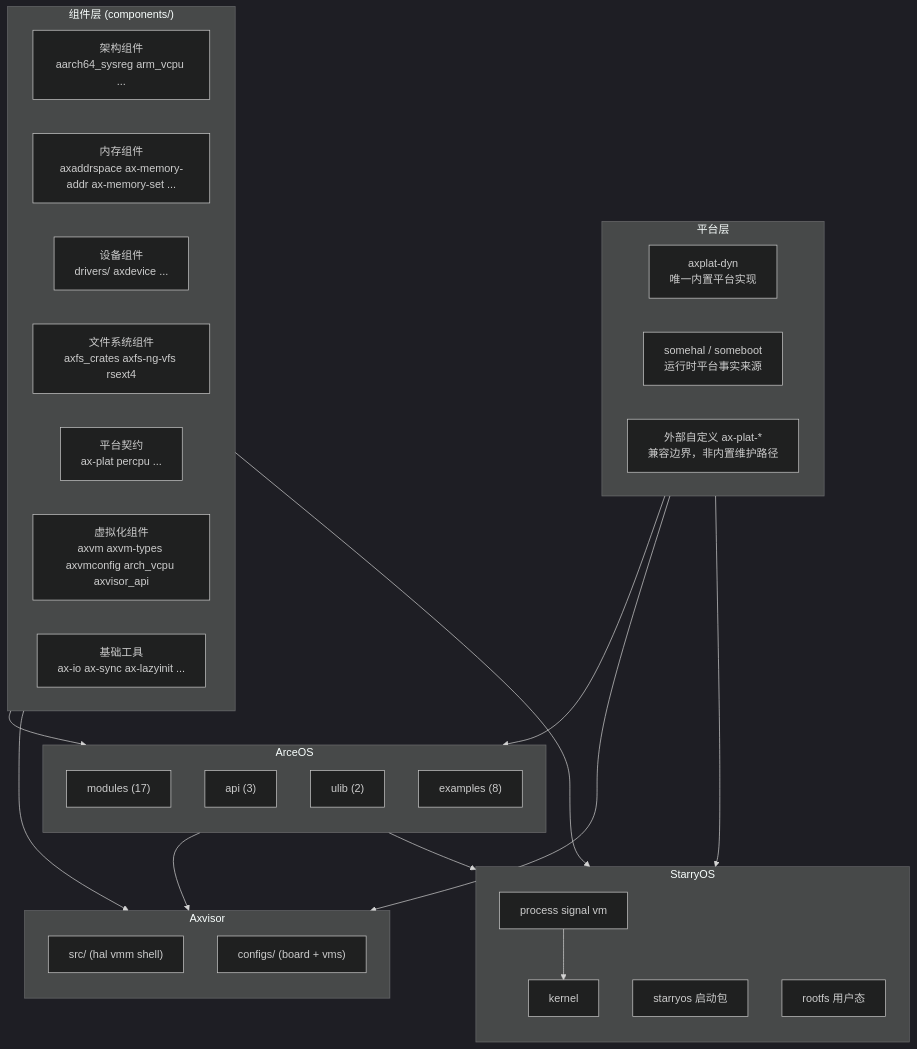
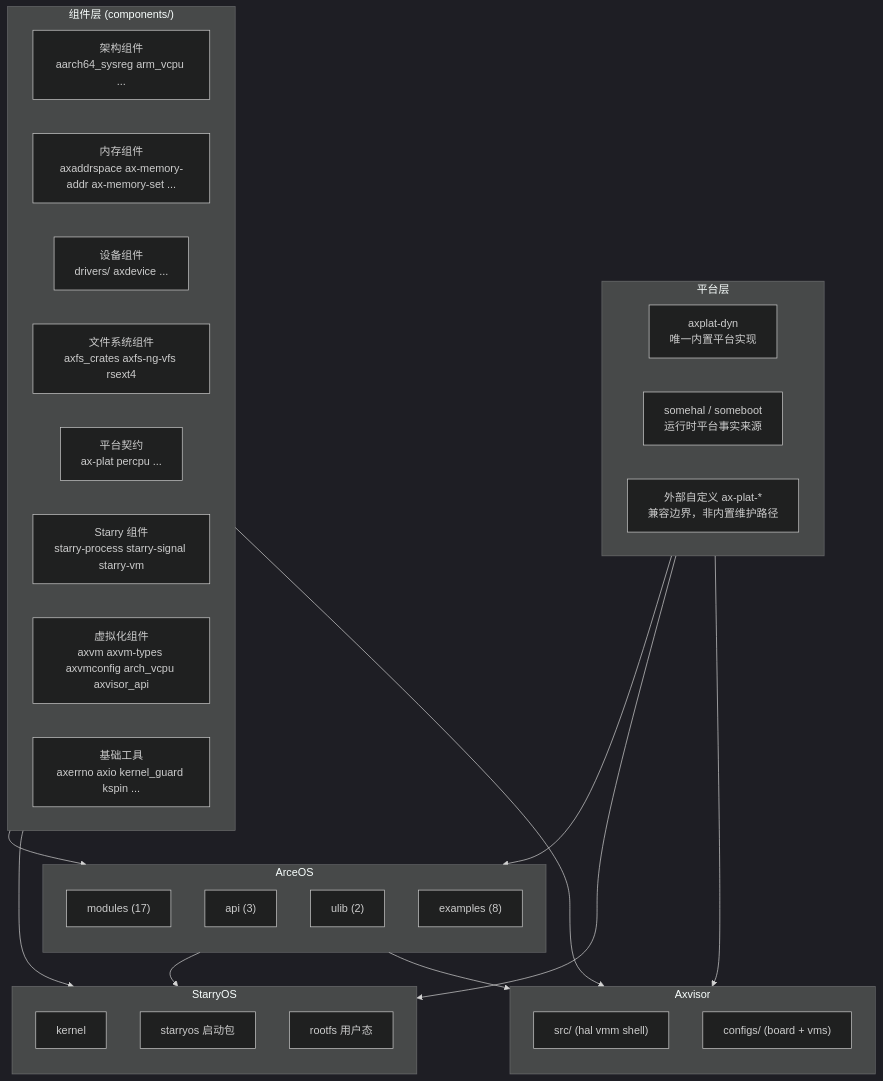
The first of 2 diagrams in docs/docs/architecture/overview.md (Dirinkbottle/tgoskits), drawn with Mermaid (dark theme) before and after one commit. The commit also changed other lines of this file and 3840 other files, not shown here.

````diff
--- a/docs/docs/architecture/overview.md
+++ b/docs/docs/architecture/overview.md
@@ -10,52 +10,51 @@
 ```mermaid
 flowchart TD
     subgraph Components["组件层 (components/)"]
         direction LR
         C1["架构组件<br/>aarch64_sysreg arm_vcpu ..."]
         C2["内存组件<br/>axaddrspace ax-memory-addr ax-memory-set ..."]
         C3["设备组件<br/>drivers/ axdevice ..."]
         C4["文件系统组件<br/>axfs_crates axfs-ng-vfs rsext4"]
         C5["平台契约<br/>ax-plat percpu ..."]
-        C6["虚拟化组件<br/>axvm axvm-types axvmconfig arch_vcpu axvisor_api"]
-        C7["基础工具<br/>ax-io ax-sync ax-lazyinit ..."]
+        C6["Starry 组件<br/>starry-process starry-signal starry-vm"]
+        C7["虚拟化组件<br/>axvm axvm-types axvmconfig arch_vcpu axvisor_api"]
+        C8["基础工具<br/>axerrno axio kernel_guard kspin ..."]
     end
 
     subgraph ArceOS["ArceOS"]
         direction TB
         AM["modules (17)"]
         AA["api (3)"]
         AU["ulib (2)"]
         AX["examples (8)"]
     end
 
     subgraph StarryOS["StarryOS"]
         direction TB
-        SC["process signal vm"]
         SK["kernel"]
         SP["starryos 启动包"]
         SR["rootfs 用户态"]
     end
 
     subgraph Axvisor["Axvisor"]
         direction TB
         AV["src/ (hal vmm shell)"]
         AC["configs/ (board + vms)"]
     end
 
     subgraph Platform["平台层"]
         direction LR
         P1["axplat-dyn<br/>唯一内置平台实现"]
         P2["somehal / someboot<br/>运行时平台事实来源"]
         P3["外部自定义 ax-plat-*<br/>兼容边界，非内置维护路径"]
     end
 
     Components --> ArceOS
-    Components --> SC
-    SC --> SK
+    Components --> StarryOS
     Components --> Axvisor
     ArceOS --> StarryOS
     ArceOS --> Axvisor
     Platform --> ArceOS
     Platform --> StarryOS
     Platform --> Axvisor
 ```
````
